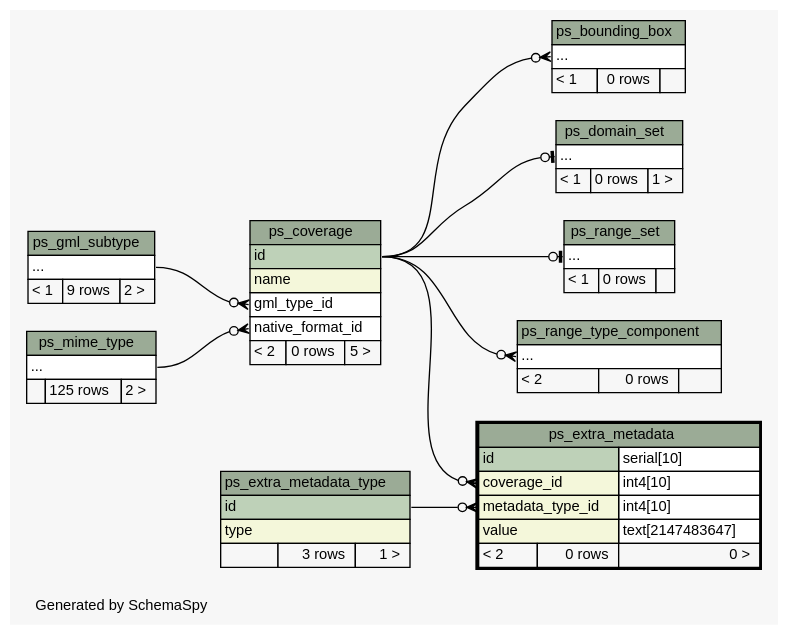
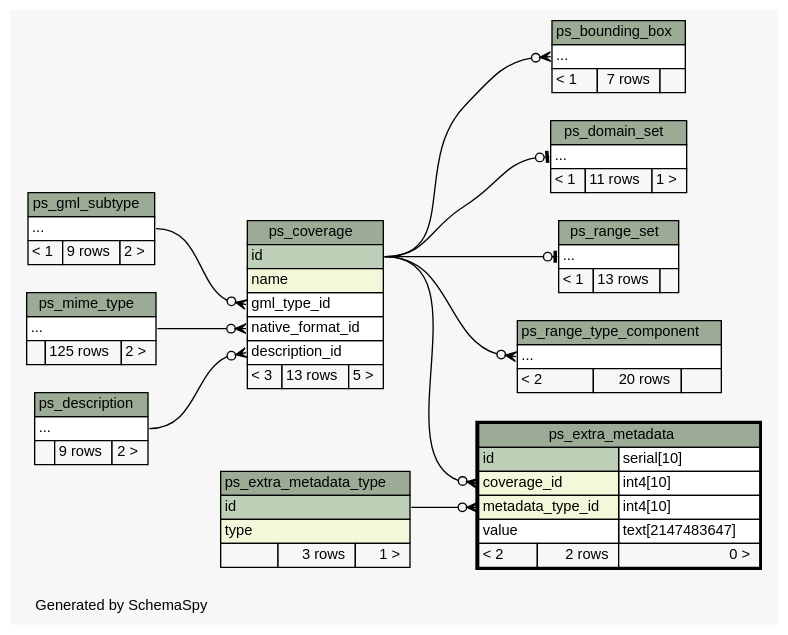
The diagram in manuals_and_examples/manuals/doc-petascope/dbschema/schema/diagrams/ps_extra_metadata.2degrees.dot (kalxas/rasdaman), drawn with Graphviz before and after one commit. The commit also changed 173 other files, not shown here.

Commit message:
ticket:567 - Update SchemaSpy documentation to include petascopedb updates #9 to #13.

```diff
--- a/manuals_and_examples/manuals/doc-petascope/dbschema/schema/diagrams/ps_extra_metadata.2degrees.dot
+++ b/manuals_and_examples/manuals/doc-petascope/dbschema/schema/diagrams/ps_extra_metadata.2degrees.dot
@@ -1,127 +1,139 @@
-// dot 2.26.3 on Linux 3.2.0-58-generic
+// dot 2.26.3 on Linux 3.2.0-65-generic
 // SchemaSpy rev 590
 digraph "twoDegreesRelationshipsDiagram" {
   graph [
     rankdir="RL"
     bgcolor="#f7f7f7"
     label="\nGenerated by SchemaSpy"
     labeljust="l"
     nodesep="0.18"
     ranksep="0.46"
     fontname="Helvetica"
     fontsize="11"
   ];
   node [
     fontname="Helvetica"
     fontsize="11"
     shape="plaintext"
   ];
   edge [
     arrowsize="0.8"
   ];
   "ps_bounding_box":"elipses":w -> "ps_coverage":"id":e [arrowhead=none dir=back arrowtail=crowodot];
+  "ps_coverage":"description_id":w -> "ps_description":"elipses":e [arrowhead=none dir=back arrowtail=crowodot];
   "ps_coverage":"gml_type_id":w -> "ps_gml_subtype":"elipses":e [arrowhead=none dir=back arrowtail=crowodot];
   "ps_coverage":"native_format_id":w -> "ps_mime_type":"elipses":e [arrowhead=none dir=back arrowtail=crowodot];
   "ps_domain_set":"elipses":w -> "ps_coverage":"id":e [arrowhead=none dir=back arrowtail=teeodot];
   "ps_extra_metadata":"coverage_id":w -> "ps_coverage":"id":e [arrowhead=none dir=back arrowtail=crowodot];
   "ps_extra_metadata":"metadata_type_id":w -> "ps_extra_metadata_type":"id":e [arrowhead=none dir=back arrowtail=crowodot];
   "ps_range_set":"elipses":w -> "ps_coverage":"id":e [arrowhead=none dir=back arrowtail=teeodot];
   "ps_range_type_component":"elipses":w -> "ps_coverage":"id":e [arrowhead=none dir=back arrowtail=crowodot];
   "ps_bounding_box" [
     label=<
     <TABLE BORDER="0" CELLBORDER="1" CELLSPACING="0" BGCOLOR="#ffffff">
       <TR><TD COLSPAN="3" BGCOLOR="#9bab96" ALIGN="CENTER">ps_bounding_box</TD></TR>
       <TR><TD PORT="elipses" COLSPAN="3" ALIGN="LEFT">...</TD></TR>
-      <TR><TD ALIGN="LEFT" BGCOLOR="#f7f7f7">&lt; 1</TD><TD ALIGN="RIGHT" BGCOLOR="#f7f7f7">0 rows</TD><TD ALIGN="RIGHT" BGCOLOR="#f7f7f7">  </TD></TR>
+      <TR><TD ALIGN="LEFT" BGCOLOR="#f7f7f7">&lt; 1</TD><TD ALIGN="RIGHT" BGCOLOR="#f7f7f7">7 rows</TD><TD ALIGN="RIGHT" BGCOLOR="#f7f7f7">  </TD></TR>
     </TABLE>>
     URL="ps_bounding_box.html"
     tooltip="ps_bounding_box"
   ];
   "ps_coverage" [
     label=<
     <TABLE BORDER="0" CELLBORDER="1" CELLSPACING="0" BGCOLOR="#ffffff">
       <TR><TD COLSPAN="3" BGCOLOR="#9bab96" ALIGN="CENTER">ps_coverage</TD></TR>
       <TR><TD PORT="id" COLSPAN="3" BGCOLOR="#bed1b8" ALIGN="LEFT">id</TD></TR>
       <TR><TD PORT="name" COLSPAN="3" BGCOLOR="#f4f7da" ALIGN="LEFT">name</TD></TR>
       <TR><TD PORT="gml_type_id" COLSPAN="3" ALIGN="LEFT">gml_type_id</TD></TR>
       <TR><TD PORT="native_format_id" COLSPAN="3" ALIGN="LEFT">native_format_id</TD></TR>
-      <TR><TD ALIGN="LEFT" BGCOLOR="#f7f7f7">&lt; 2</TD><TD ALIGN="RIGHT" BGCOLOR="#f7f7f7">0 rows</TD><TD ALIGN="RIGHT" BGCOLOR="#f7f7f7">5 &gt;</TD></TR>
+      <TR><TD PORT="description_id" COLSPAN="3" ALIGN="LEFT">description_id</TD></TR>
+      <TR><TD ALIGN="LEFT" BGCOLOR="#f7f7f7">&lt; 3</TD><TD ALIGN="RIGHT" BGCOLOR="#f7f7f7">13 rows</TD><TD ALIGN="RIGHT" BGCOLOR="#f7f7f7">5 &gt;</TD></TR>
     </TABLE>>
     URL="ps_coverage.html"
     tooltip="ps_coverage"
+  ];
+  "ps_description" [
+    label=<
+    <TABLE BORDER="0" CELLBORDER="1" CELLSPACING="0" BGCOLOR="#ffffff">
+      <TR><TD COLSPAN="3" BGCOLOR="#9bab96" ALIGN="CENTER">ps_description</TD></TR>
+      <TR><TD PORT="elipses" COLSPAN="3" ALIGN="LEFT">...</TD></TR>
+      <TR><TD ALIGN="LEFT" BGCOLOR="#f7f7f7">  </TD><TD ALIGN="RIGHT" BGCOLOR="#f7f7f7">9 rows</TD><TD ALIGN="RIGHT" BGCOLOR="#f7f7f7">2 &gt;</TD></TR>
+    </TABLE>>
+    URL="ps_description.html"
+    tooltip="ps_description"
   ];
   "ps_domain_set" [
     label=<
     <TABLE BORDER="0" CELLBORDER="1" CELLSPACING="0" BGCOLOR="#ffffff">
       <TR><TD COLSPAN="3" BGCOLOR="#9bab96" ALIGN="CENTER">ps_domain_set</TD></TR>
       <TR><TD PORT="elipses" COLSPAN="3" ALIGN="LEFT">...</TD></TR>
-      <TR><TD ALIGN="LEFT" BGCOLOR="#f7f7f7">&lt; 1</TD><TD ALIGN="RIGHT" BGCOLOR="#f7f7f7">0 rows</TD><TD ALIGN="RIGHT" BGCOLOR="#f7f7f7">1 &gt;</TD></TR>
+      <TR><TD ALIGN="LEFT" BGCOLOR="#f7f7f7">&lt; 1</TD><TD ALIGN="RIGHT" BGCOLOR="#f7f7f7">11 rows</TD><TD ALIGN="RIGHT" BGCOLOR="#f7f7f7">1 &gt;</TD></TR>
     </TABLE>>
     URL="ps_domain_set.html"
     tooltip="ps_domain_set"
   ];
   "ps_extra_metadata" [
     label=<
     <TABLE BORDER="2" CELLBORDER="1" CELLSPACING="0" BGCOLOR="#ffffff">
       <TR><TD COLSPAN="3" BGCOLOR="#9bab96" ALIGN="CENTER">ps_extra_metadata</TD></TR>
       <TR><TD PORT="id" COLSPAN="2" BGCOLOR="#bed1b8" ALIGN="LEFT">id</TD><TD PORT="id.type" ALIGN="LEFT">serial[10]</TD></TR>
       <TR><TD PORT="coverage_id" COLSPAN="2" BGCOLOR="#f4f7da" ALIGN="LEFT">coverage_id</TD><TD PORT="coverage_id.type" ALIGN="LEFT">int4[10]</TD></TR>
       <TR><TD PORT="metadata_type_id" COLSPAN="2" BGCOLOR="#f4f7da" ALIGN="LEFT">metadata_type_id</TD><TD PORT="metadata_type_id.type" ALIGN="LEFT">int4[10]</TD></TR>
-      <TR><TD PORT="value" COLSPAN="2" BGCOLOR="#f4f7da" ALIGN="LEFT">value</TD><TD PORT="value.type" ALIGN="LEFT">text[2147483647]</TD></TR>
-      <TR><TD ALIGN="LEFT" BGCOLOR="#f7f7f7">&lt; 2</TD><TD ALIGN="RIGHT" BGCOLOR="#f7f7f7">0 rows</TD><TD ALIGN="RIGHT" BGCOLOR="#f7f7f7">0 &gt;</TD></TR>
+      <TR><TD PORT="value" COLSPAN="2" ALIGN="LEFT">value</TD><TD PORT="value.type" ALIGN="LEFT">text[2147483647]</TD></TR>
+      <TR><TD ALIGN="LEFT" BGCOLOR="#f7f7f7">&lt; 2</TD><TD ALIGN="RIGHT" BGCOLOR="#f7f7f7">2 rows</TD><TD ALIGN="RIGHT" BGCOLOR="#f7f7f7">0 &gt;</TD></TR>
     </TABLE>>
     URL="ps_extra_metadata.html"
     tooltip="ps_extra_metadata"
   ];
   "ps_extra_metadata_type" [
     label=<
     <TABLE BORDER="0" CELLBORDER="1" CELLSPACING="0" BGCOLOR="#ffffff">
       <TR><TD COLSPAN="3" BGCOLOR="#9bab96" ALIGN="CENTER">ps_extra_metadata_type</TD></TR>
       <TR><TD PORT="id" COLSPAN="3" BGCOLOR="#bed1b8" ALIGN="LEFT">id</TD></TR>
       <TR><TD PORT="type" COLSPAN="3" BGCOLOR="#f4f7da" ALIGN="LEFT">type</TD></TR>
       <TR><TD ALIGN="LEFT" BGCOLOR="#f7f7f7">  </TD><TD ALIGN="RIGHT" BGCOLOR="#f7f7f7">3 rows</TD><TD ALIGN="RIGHT" BGCOLOR="#f7f7f7">1 &gt;</TD></TR>
     </TABLE>>
     URL="ps_extra_metadata_type.html"
     tooltip="ps_extra_metadata_type"
   ];
   "ps_gml_subtype" [
     label=<
     <TABLE BORDER="0" CELLBORDER="1" CELLSPACING="0" BGCOLOR="#ffffff">
       <TR><TD COLSPAN="3" BGCOLOR="#9bab96" ALIGN="CENTER">ps_gml_subtype</TD></TR>
       <TR><TD PORT="elipses" COLSPAN="3" ALIGN="LEFT">...</TD></TR>
       <TR><TD ALIGN="LEFT" BGCOLOR="#f7f7f7">&lt; 1</TD><TD ALIGN="RIGHT" BGCOLOR="#f7f7f7">9 rows</TD><TD ALIGN="RIGHT" BGCOLOR="#f7f7f7">2 &gt;</TD></TR>
     </TABLE>>
     URL="ps_gml_subtype.html"
     tooltip="ps_gml_subtype"
   ];
   "ps_mime_type" [
     label=<
     <TABLE BORDER="0" CELLBORDER="1" CELLSPACING="0" BGCOLOR="#ffffff">
       <TR><TD COLSPAN="3" BGCOLOR="#9bab96" ALIGN="CENTER">ps_mime_type</TD></TR>
       <TR><TD PORT="elipses" COLSPAN="3" ALIGN="LEFT">...</TD></TR>
       <TR><TD ALIGN="LEFT" BGCOLOR="#f7f7f7">  </TD><TD ALIGN="RIGHT" BGCOLOR="#f7f7f7">125 rows</TD><TD ALIGN="RIGHT" BGCOLOR="#f7f7f7">2 &gt;</TD></TR>
     </TABLE>>
     URL="ps_mime_type.html"
     tooltip="ps_mime_type"
   ];
   "ps_range_set" [
     label=<
     <TABLE BORDER="0" CELLBORDER="1" CELLSPACING="0" BGCOLOR="#ffffff">
       <TR><TD COLSPAN="3" BGCOLOR="#9bab96" ALIGN="CENTER">ps_range_set</TD></TR>
       <TR><TD PORT="elipses" COLSPAN="3" ALIGN="LEFT">...</TD></TR>
-      <TR><TD ALIGN="LEFT" BGCOLOR="#f7f7f7">&lt; 1</TD><TD ALIGN="RIGHT" BGCOLOR="#f7f7f7">0 rows</TD><TD ALIGN="RIGHT" BGCOLOR="#f7f7f7">  </TD></TR>
+      <TR><TD ALIGN="LEFT" BGCOLOR="#f7f7f7">&lt; 1</TD><TD ALIGN="RIGHT" BGCOLOR="#f7f7f7">13 rows</TD><TD ALIGN="RIGHT" BGCOLOR="#f7f7f7">  </TD></TR>
     </TABLE>>
     URL="ps_range_set.html"
     tooltip="ps_range_set"
   ];
   "ps_range_type_component" [
     label=<
     <TABLE BORDER="0" CELLBORDER="1" CELLSPACING="0" BGCOLOR="#ffffff">
       <TR><TD COLSPAN="3" BGCOLOR="#9bab96" ALIGN="CENTER">ps_range_type_component</TD></TR>
       <TR><TD PORT="elipses" COLSPAN="3" ALIGN="LEFT">...</TD></TR>
-      <TR><TD ALIGN="LEFT" BGCOLOR="#f7f7f7">&lt; 2</TD><TD ALIGN="RIGHT" BGCOLOR="#f7f7f7">0 rows</TD><TD ALIGN="RIGHT" BGCOLOR="#f7f7f7">  </TD></TR>
+      <TR><TD ALIGN="LEFT" BGCOLOR="#f7f7f7">&lt; 2</TD><TD ALIGN="RIGHT" BGCOLOR="#f7f7f7">20 rows</TD><TD ALIGN="RIGHT" BGCOLOR="#f7f7f7">  </TD></TR>
     </TABLE>>
     URL="ps_range_type_component.html"
     tooltip="ps_range_type_component"
   ];
 }
```
